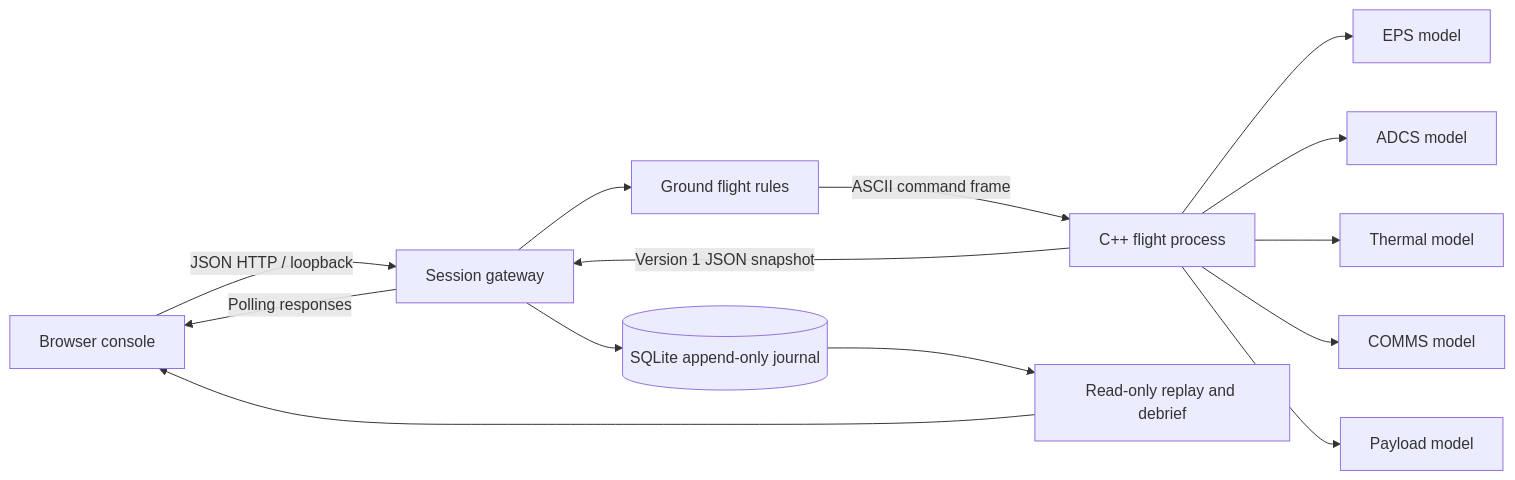
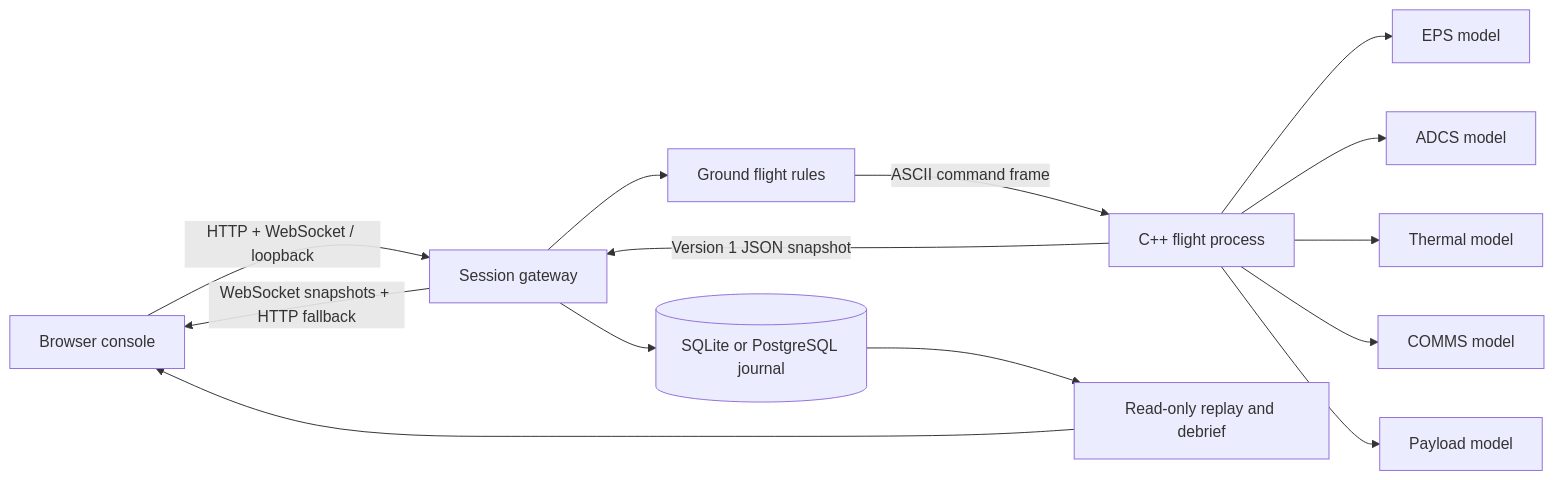
The diagram in docs/architecture.md (Prakhar2828/asteria-flightstack-missionops), drawn with Mermaid before and after one commit. The commit also changed other lines of this file and 151 other files, not shown here.

````diff
--- a/docs/architecture.md
+++ b/docs/architecture.md
@@ -5,16 +5,16 @@
 ```mermaid
 flowchart LR
-  UI[Browser console] -->|JSON HTTP / loopback| API[Session gateway]
+  UI[Browser console] -->|HTTP + WebSocket / loopback| API[Session gateway]
   API --> RULES[Ground flight rules]
   RULES -->|ASCII command frame| AFS[C++ flight process]
   AFS --> EPS[EPS model]
   AFS --> ADCS[ADCS model]
   AFS --> TH[Thermal model]
   AFS --> COM[COMMS model]
   AFS --> PAY[Payload model]
   AFS -->|Version 1 JSON snapshot| API
-  API --> DB[(SQLite append-only journal)]
+  API --> DB[(SQLite or PostgreSQL journal)]
   DB --> REPLAY[Read-only replay and debrief]
   REPLAY --> UI
-  API -->|Polling responses| UI
+  API -->|WebSocket snapshots + HTTP fallback| UI
 ```
````
